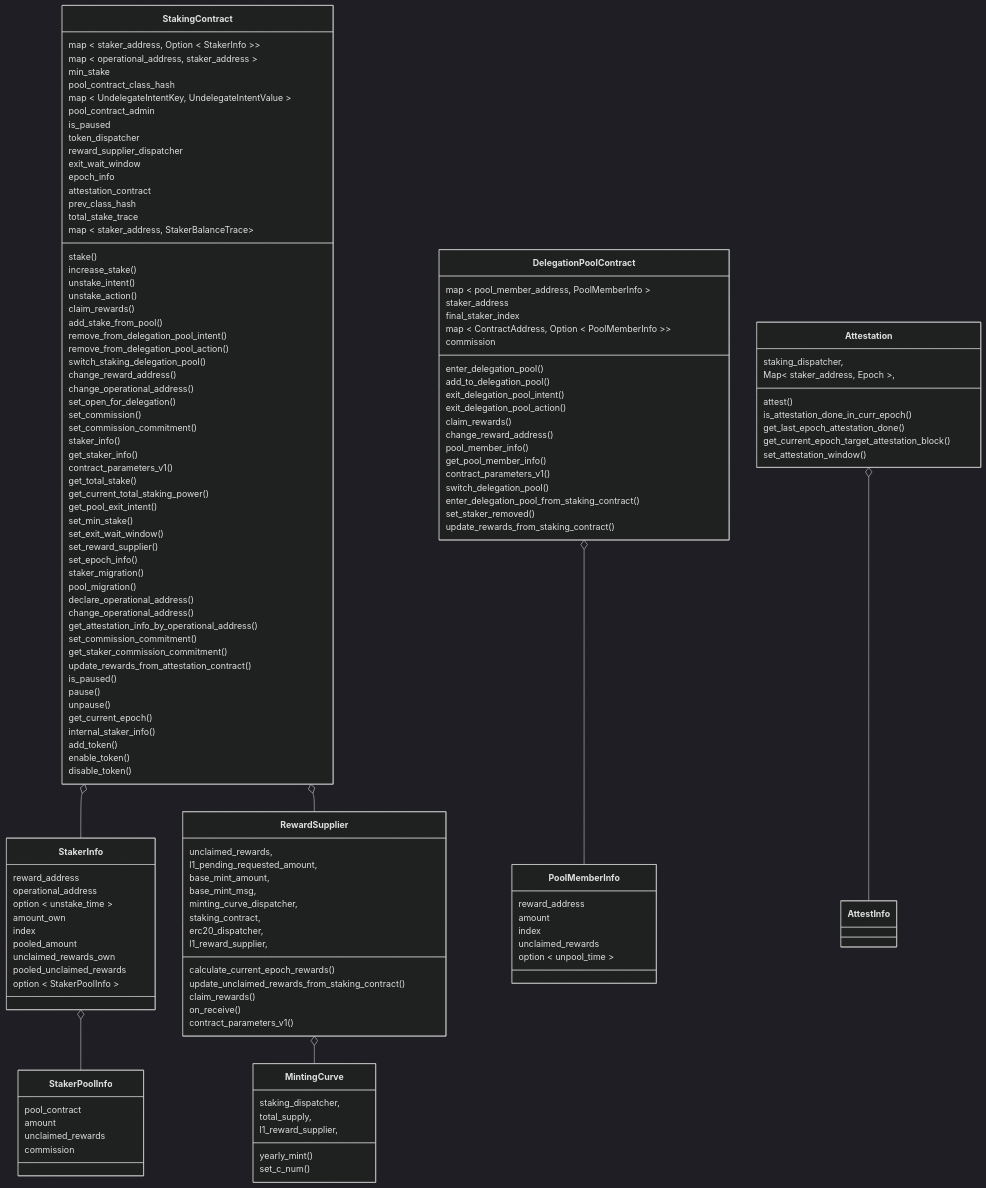
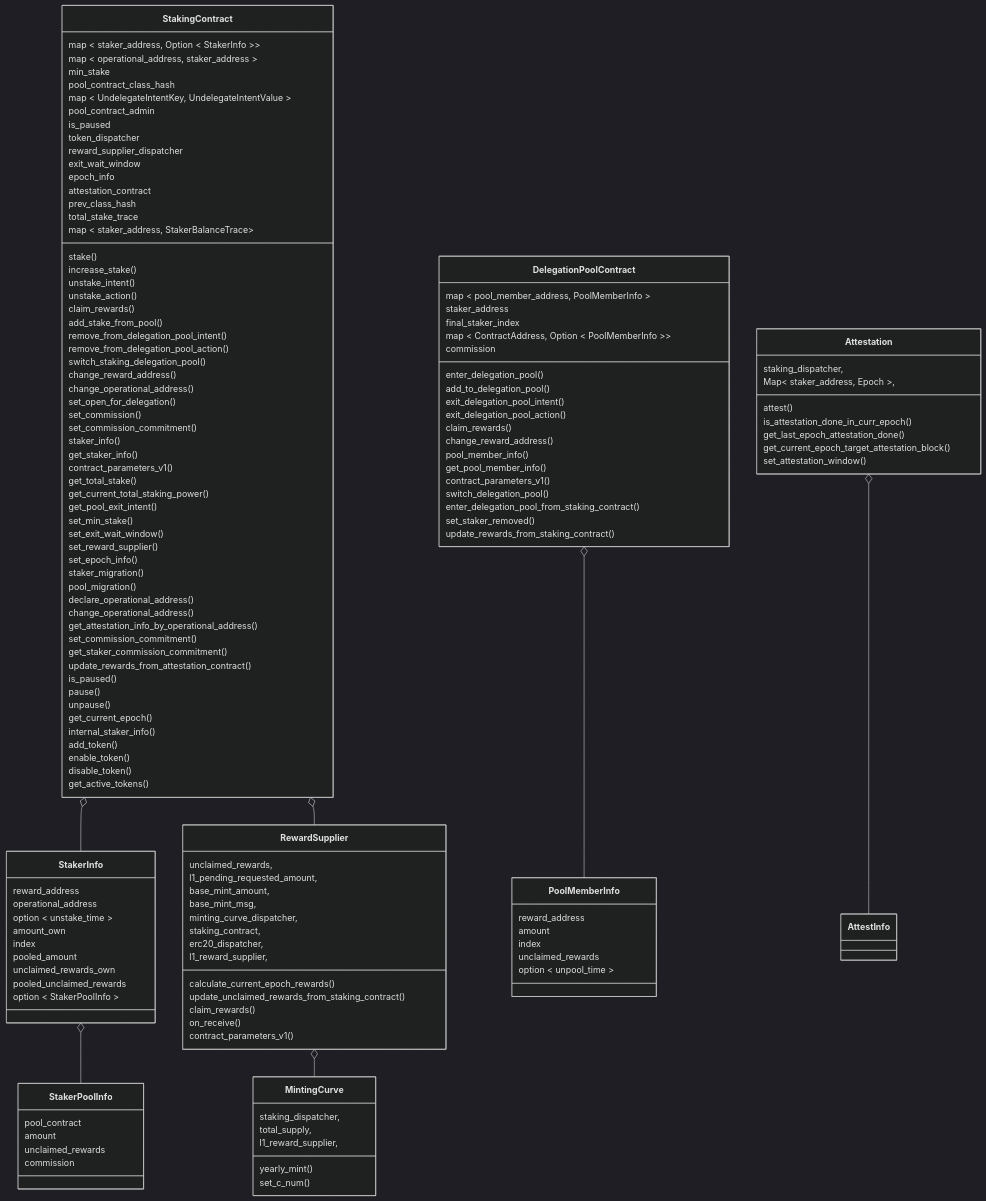
One commit to starkware-libs/starknet-staking changed the first of 8 diagrams in workspace/apps/staking/docs/spec.md. Above: the diagram before and after it, drawn with Mermaid (dark theme). The commit also changed other lines of this file and 3 other files, not shown here.

Commit message:
feat(staking): get_active_tokens view function (#4454)

```diff
--- a/workspace/apps/staking/docs/spec.md
+++ b/workspace/apps/staking/docs/spec.md
@@ -299,6 +300,7 @@
     add_token()
     enable_token()
     disable_token()
+    get_active_tokens()
   }
   class DelegationPoolContract{
     map < pool_member_address, PoolMemberInfo >
```
